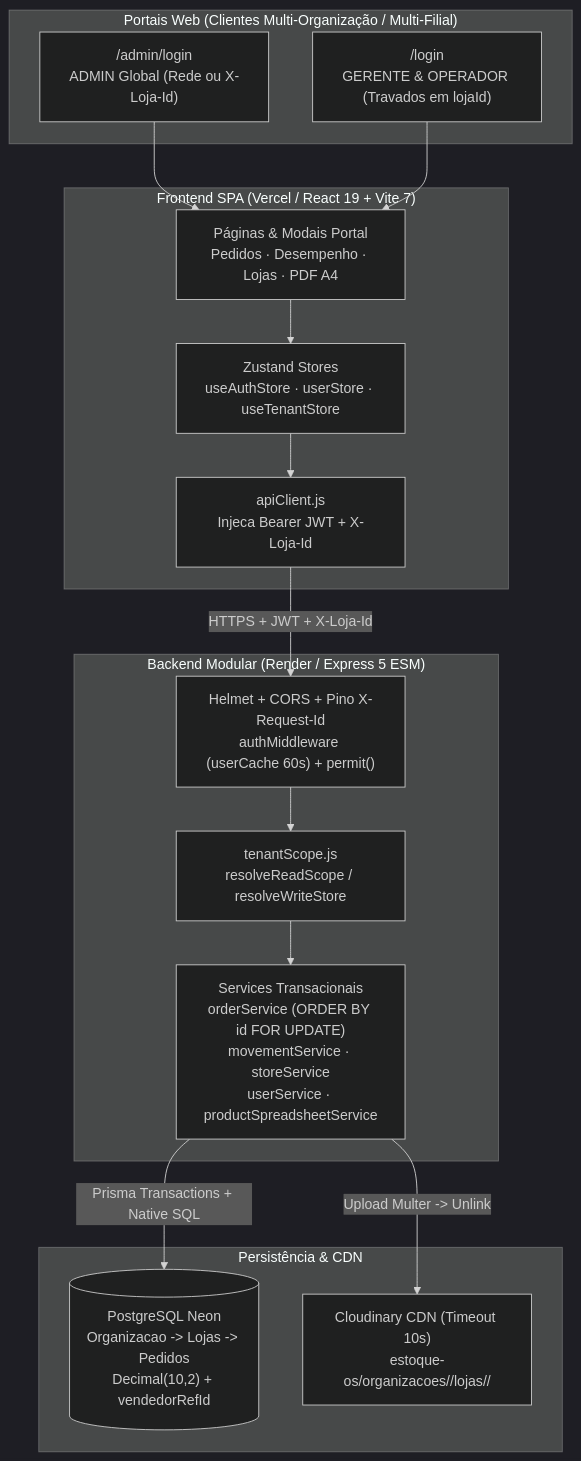
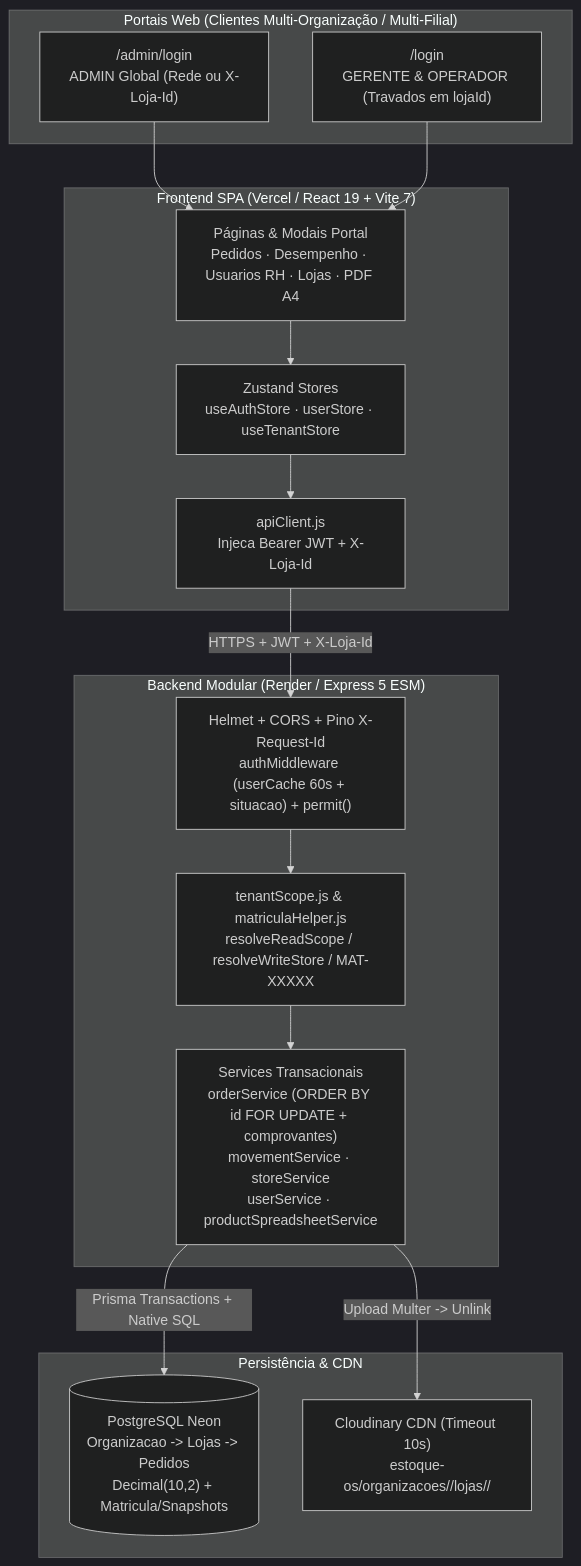
One commit to mateus-x17/adm-estoque changed the first of 2 diagrams in relatorios/09_arquitetura_e_system_design.md. Above: the diagram before and after it, drawn with Mermaid (dark theme). The commit also changed other lines of this file and 15 other files, not shown here.

````diff
--- a/relatorios/09_arquitetura_e_system_design.md
+++ b/relatorios/09_arquitetura_e_system_design.md
@@ -11,32 +11,32 @@
 ```mermaid
 flowchart TD
     subgraph Portals["Portais Web (Clientes Multi-Organização / Multi-Filial)"]
         AdminPortal["/admin/login\nADMIN Global (Rede ou X-Loja-Id)"]
         StorePortal["/login\nGERENTE & OPERADOR (Travados em lojaId)"]
     end
 
     subgraph FrontendSPA["Frontend SPA (Vercel / React 19 + Vite 7)"]
         Zustand["Zustand Stores\nuseAuthStore · userStore · useTenantStore"]
         APIClient["apiClient.js\nInjeca Bearer JWT + X-Loja-Id"]
-        UI["Páginas & Modais Portal\nPedidos · Desempenho · Lojas · PDF A4"]
+        UI["Páginas & Modais Portal\nPedidos · Desempenho · Usuarios RH · Lojas · PDF A4"]
     end
 
     subgraph BackendAPI["Backend Modular (Render / Express 5 ESM)"]
-        Security["Helmet + CORS + Pino X-Request-Id\nauthMiddleware (userCache 60s) + permit()"]
-        Scope["tenantScope.js\nresolveReadScope / resolveWriteStore"]
-        CoreServices["Services Transacionais\norderService (ORDER BY id FOR UPDATE)\nmovementService · storeService\nuserService · productSpreadsheetService"]
+        Security["Helmet + CORS + Pino X-Request-Id\nauthMiddleware (userCache 60s + situacao) + permit()"]
+        Scope["tenantScope.js & matriculaHelper.js\nresolveReadScope / resolveWriteStore / MAT-XXXXX"]
+        CoreServices["Services Transacionais\norderService (ORDER BY id FOR UPDATE + comprovantes)\nmovementService · storeService\nuserService · productSpreadsheetService"]
     end
 
     subgraph CloudInfra["Persistência & CDN"]
-        NeonDB[("PostgreSQL Neon\nOrganizacao -> Lojas -> Pedidos\nDecimal(10,2) + vendedorRefId")]
+        NeonDB[("PostgreSQL Neon\nOrganizacao -> Lojas -> Pedidos\nDecimal(10,2) + Matricula/Snapshots")]
         Cloudinary["Cloudinary CDN (Timeout 10s)\nestoque-os/organizacoes/<org>/lojas/<loja>/"]
     end
 
     AdminPortal --> UI
     StorePortal --> UI
     UI --> Zustand --> APIClient
     APIClient -->|HTTPS + JWT + X-Loja-Id| Security
     Security --> Scope --> CoreServices
     CoreServices -->|Prisma Transactions + Native SQL| NeonDB
     CoreServices -->|Upload Multer -> Unlink| Cloudinary
 ```
````
